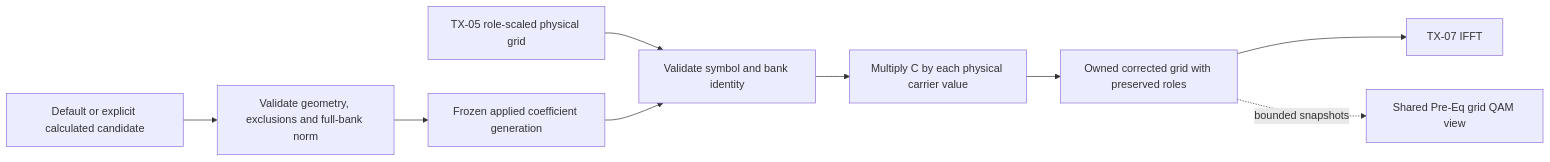
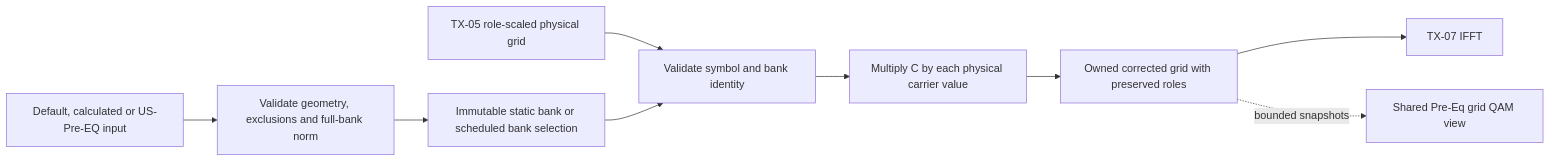
The ninth of 13 diagrams in docs/architecture.md (PyPNMApps/morgana), drawn with Mermaid before and after one commit. The commit also changed other lines of this file and 8 other files, not shown here.

````diff
--- a/docs/architecture.md
+++ b/docs/architecture.md
@@ -1677,11 +1758,11 @@
 ```mermaid
 flowchart LR
-    SOURCE[Default or explicit calculated candidate] --> ADMIT[Validate geometry, exclusions and full-bank norm]
-    ADMIT --> BANK[Frozen applied coefficient generation]
+    SOURCE[Default, calculated or US-Pre-EQ input] --> ADMIT[Validate geometry, exclusions and full-bank norm]
+    ADMIT --> BANK[Immutable static bank or scheduled bank selection]
     GRID[TX-05 role-scaled physical grid] --> CHECK[Validate symbol and bank identity]
     BANK --> CHECK
     CHECK --> APPLY[Multiply C by each physical carrier value]
     APPLY --> OUT[Owned corrected grid with preserved roles]
     OUT --> IFFT[TX-07 IFFT]
     OUT -. bounded snapshots .-> QAM[Shared Pre-Eq grid QAM view]
 ```
````
